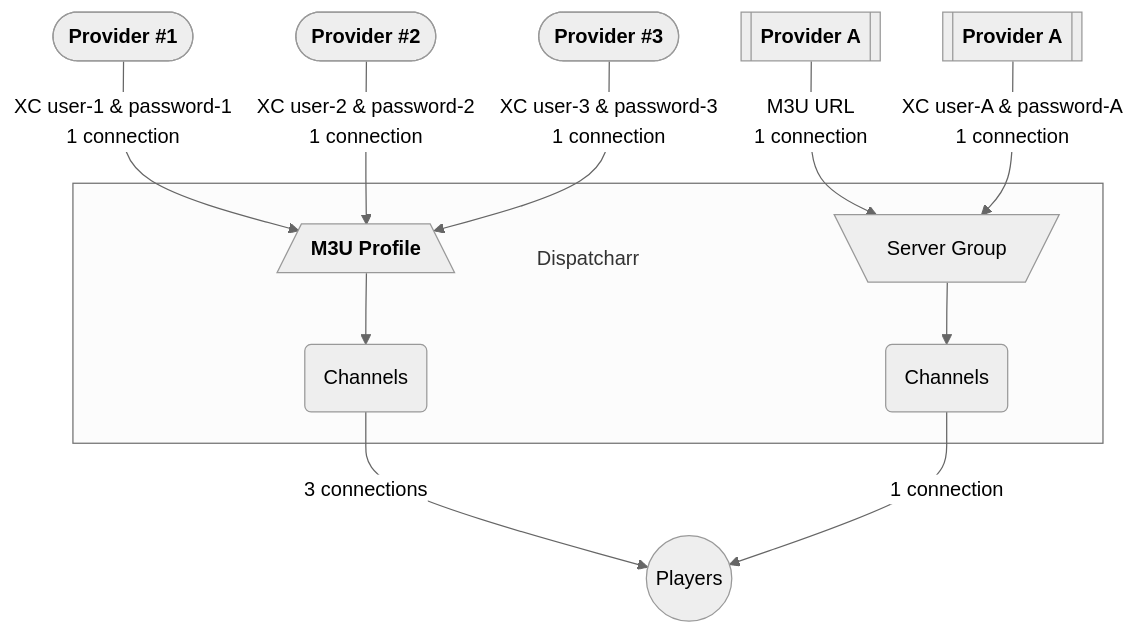
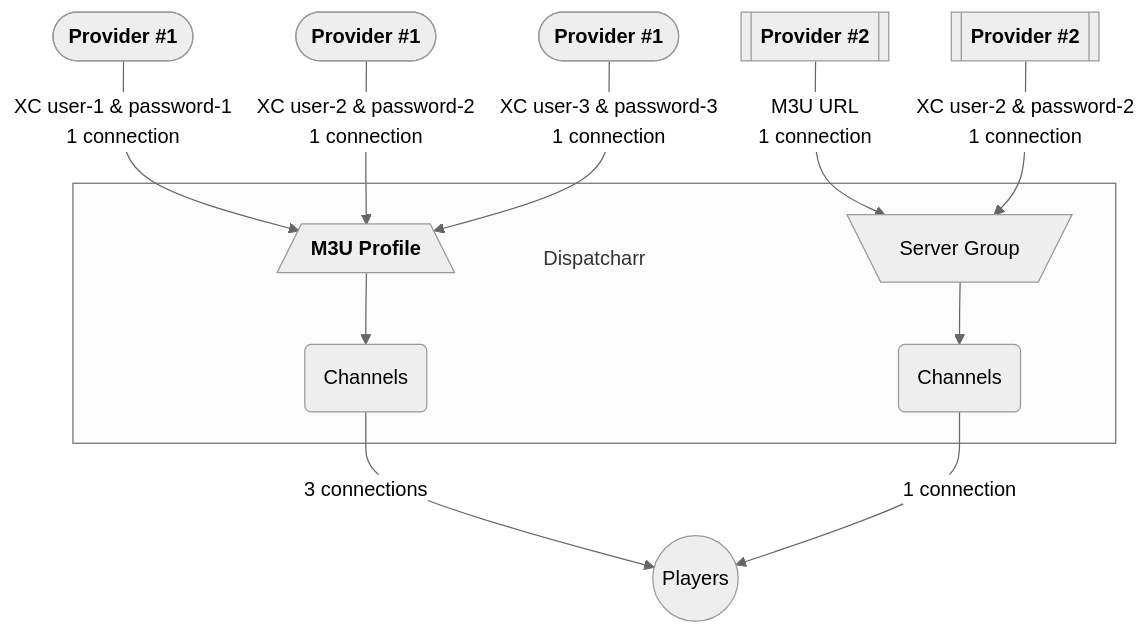
One commit to Dispatcharr/Dispatcharr-Docs changed the diagram in docs/en/m3u-epg-manager.md. Above: the diagram before and after it, drawn with Mermaid (neutral theme).

````diff
--- a/docs/en/m3u-epg-manager.md
+++ b/docs/en/m3u-epg-manager.md
@@ -17,23 +17,23 @@
     ```mermaid
     flowchart TD
     PR1(["`**Provider #1**`"]) -->|XC user-1 & password-1
                                  1 connection| MP[/"`**M3U Profile**`"\]
-    PR2(["`**Provider #2**`"]) -->|XC user-2 & password-2
+    PR2(["`**Provider #1**`"]) -->|XC user-2 & password-2
                                  1 connection| MP
-    PR3(["`**Provider #3**`"]) -->|XC user-3 & password-3
+    PR3(["`**Provider #1**`"]) -->|XC user-3 & password-3
                                  1 connection| MP
-    PRA[["`**Provider A**`"]] -->|M3U URL
+    PRA[["`**Provider #2**`"]] -->|M3U URL
                                 1 connection| SG[\Server Group/]
-    PRA2[["`**Provider A**`"]] -->|XC user-A & password-A
+    PRA2[["`**Provider #2**`"]] -->|XC user-2 & password-2
                                  1 connection| SG
     subgraph D["<br/> <br/> Dispatcharr"]
       MP
       CH
       SG
       CH2
     end
     MP --> CH(Channels)
     CH -->|3 connections| PL((Players))
     SG --> CH2(Channels)
     CH2 -->|1 connection| PL
     ```
````
